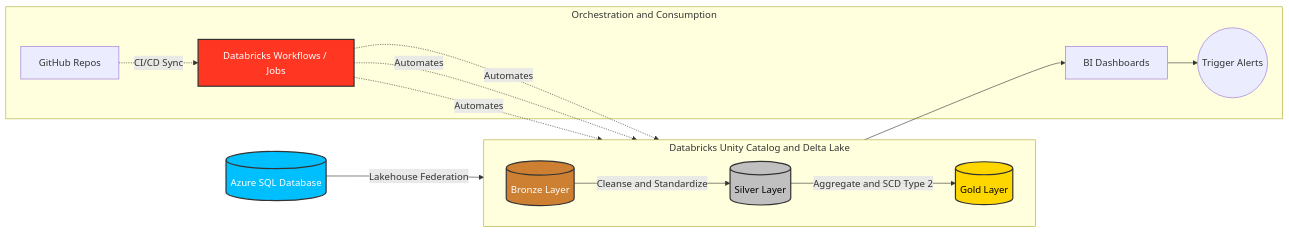
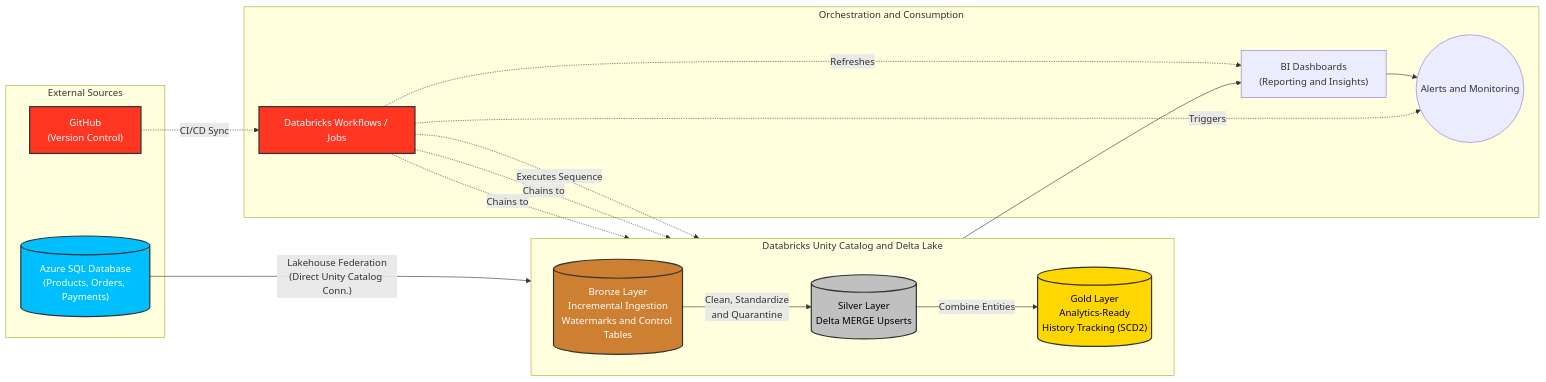
The diagram in README.md (ahmedelsheikh109/Novacart-Case-Study), drawn with Mermaid before and after one commit.

Commit message:
Update Mermaid diagram to explicitly match the new detailed text

````diff
--- a/README.md
+++ b/README.md
@@ -12,27 +12,37 @@
 ```mermaid
 graph LR
-    %% Define styles for obvious colors
+    %% Define styles for colors
     classDef bronze fill:#cd7f32,stroke:#333,stroke-width:2px,color:#fff;
     classDef silver fill:#c0c0c0,stroke:#333,stroke-width:2px,color:#000;
     classDef gold fill:#ffd700,stroke:#333,stroke-width:2px,color:#000;
     classDef sql fill:#00bfff,stroke:#333,stroke-width:2px,color:#fff;
     classDef databricks fill:#ff3621,stroke:#333,stroke-width:2px,color:#fff;
 
-    SQL[(Azure SQL Database)]:::sql -->|Lakehouse Federation| B
+    subgraph External_Systems [External Sources]
+        SQL[("Azure SQL Database<br>(Products, Orders, Payments)")]:::sql
+        GH["GitHub<br>(Version Control)"]:::databricks
+    end
+
+    SQL -->|"Lakehouse Federation<br>(Direct Unity Catalog Conn.)"| B
     
     subgraph Medallion Architecture [Databricks Unity Catalog and Delta Lake]
         direction LR
-        B[(Bronze Layer)]:::bronze -->|Cleanse and Standardize| S[(Silver Layer)]:::silver
-        S -->|Aggregate and SCD Type 2| G[(Gold Layer)]:::gold
+        B[("Bronze Layer<br>Incremental Ingestion<br>Watermarks and Control Tables")]:::bronze
+        
+        B -->|"Clean, Standardize<br>and Quarantine"| S[("Silver Layer<br>Delta MERGE Upserts")]:::silver
+        
+        S -->|"Combine Entities"| G[("Gold Layer<br>Analytics-Ready<br>History Tracking (SCD2)")]:::gold
     end
     
     subgraph Orchestration and Consumption
-        G --> BI[BI Dashboards]
-        BI --> AL((Trigger Alerts))
+        G --> BI["BI Dashboards<br>(Reporting and Insights)"]
+        BI --> AL(("Alerts and Monitoring"))
         
-        GH[GitHub Repos] -.->|CI/CD Sync| W[Databricks Workflows / Jobs]:::databricks
-        W -.->|Automates| B
-        W -.->|Automates| S
-        W -.->|Automates| G
+        GH -.->|"CI/CD Sync"| W["Databricks Workflows / Jobs"]:::databricks
+        W -.->|"Executes Sequence"| B
+        W -.->|"Chains to"| S
+        W -.->|"Chains to"| G
+        W -.->|"Refreshes"| BI
+        W -.->|"Triggers"| AL
     end
 ```
````
